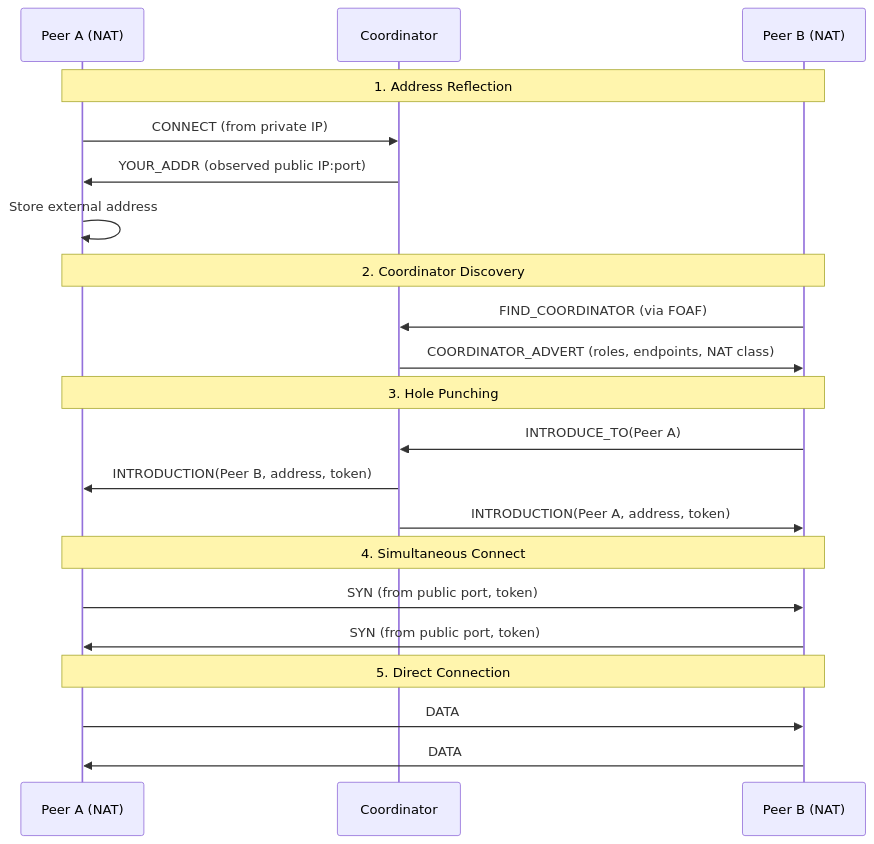
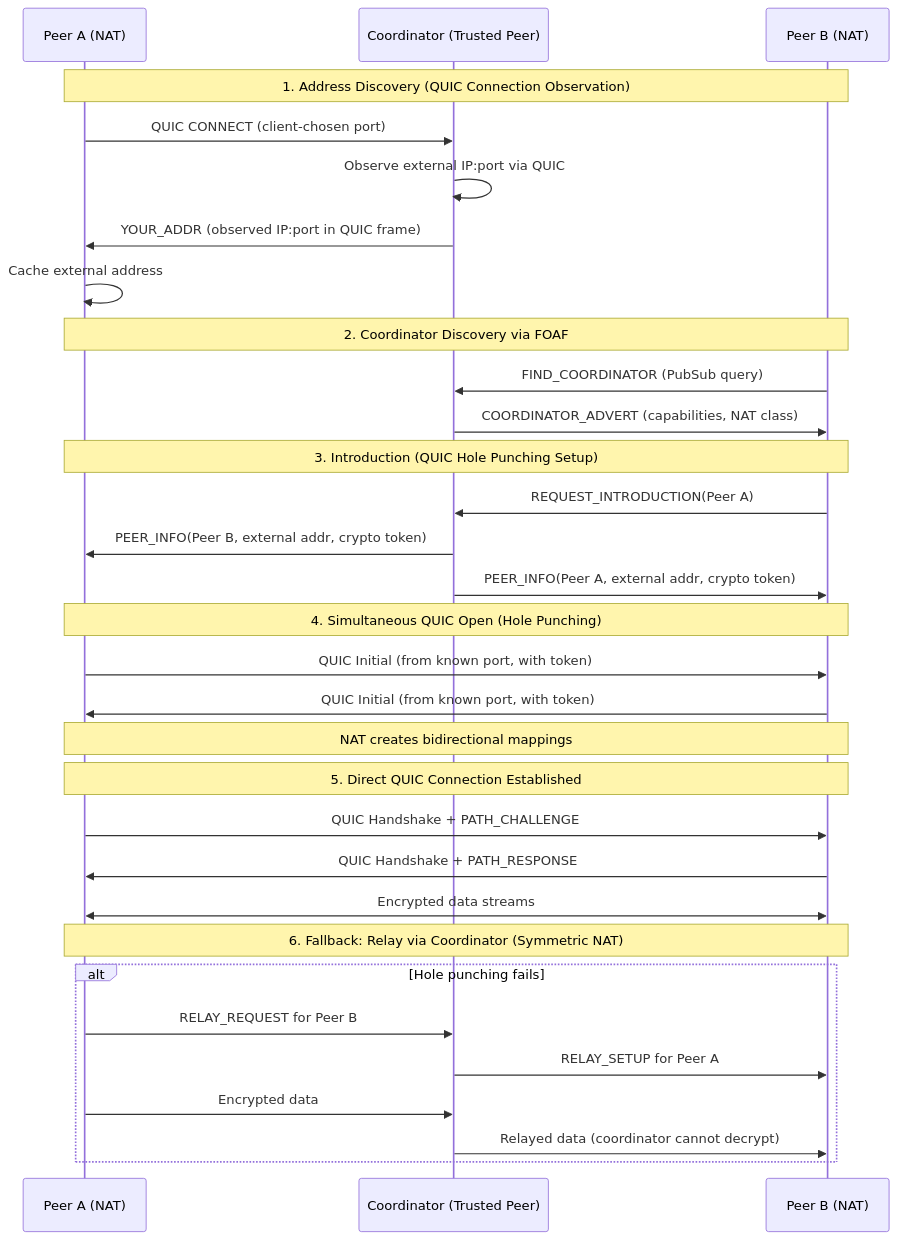
The diagram in docs/architecture/networking.md (dirvine/communitas), drawn with Mermaid before and after one commit. The commit also changed other lines of this file and 5 other files, not shown here.

First line of the commit message:
refactor: migrate to native QUIC NAT traversal, remove STUN/TURN dependencies

````diff
--- a/docs/architecture/networking.md
+++ b/docs/architecture/networking.md
@@ -348,28 +355,39 @@
 ```mermaid
 sequenceDiagram
     participant P1 as Peer A (NAT)
-    participant C as Coordinator
+    participant C as Coordinator (Trusted Peer)
     participant P2 as Peer B (NAT)
 
-    Note over P1,P2: 1. Address Reflection
-    P1->>C: CONNECT (from private IP)
-    C->>P1: YOUR_ADDR (observed public IP:port)
-    P1->>P1: Store external address
+    Note over P1,P2: 1. Address Discovery (QUIC Connection Observation)
+    P1->>C: QUIC CONNECT (client-chosen port)
+    C->>C: Observe external IP:port via QUIC
+    C->>P1: YOUR_ADDR (observed IP:port in QUIC frame)
+    P1->>P1: Cache external address
 
-    Note over P1,P2: 2. Coordinator Discovery
-    P2->>C: FIND_COORDINATOR (via FOAF)
-    C->>P2: COORDINATOR_ADVERT (roles, endpoints, NAT class)
+    Note over P1,P2: 2. Coordinator Discovery via FOAF
+    P2->>C: FIND_COORDINATOR (PubSub query)
+    C->>P2: COORDINATOR_ADVERT (capabilities, NAT class)
 
-    Note over P1,P2: 3. Hole Punching
-    P2->>C: INTRODUCE_TO(Peer A)
-    C->>P1: INTRODUCTION(Peer B, address, token)
-    C->>P2: INTRODUCTION(Peer A, address, token)
+    Note over P1,P2: 3. Introduction (QUIC Hole Punching Setup)
+    P2->>C: REQUEST_INTRODUCTION(Peer A)
+    C->>P1: PEER_INFO(Peer B, external addr, crypto token)
+    C->>P2: PEER_INFO(Peer A, external addr, crypto token)
 
-    Note over P1,P2: 4. Simultaneous Connect
-    P1->>P2: SYN (from public port, token)
-    P2->>P1: SYN (from public port, token)
+    Note over P1,P2: 4. Simultaneous QUIC Open (Hole Punching)
+    P1->>P2: QUIC Initial (from known port, with token)
+    P2->>P1: QUIC Initial (from known port, with token)
+    Note over P1,P2: NAT creates bidirectional mappings
 
-    Note over P1,P2: 5. Direct Connection
-    P1->>P2: DATA
-    P2->>P1: DATA
+    Note over P1,P2: 5. Direct QUIC Connection Established
+    P1->>P2: QUIC Handshake + PATH_CHALLENGE
+    P2->>P1: QUIC Handshake + PATH_RESPONSE
+    P1<<->>P2: Encrypted data streams
+
+    Note over P1,P2: 6. Fallback: Relay via Coordinator (Symmetric NAT)
+    alt Hole punching fails
+        P1->>C: RELAY_REQUEST for Peer B
+        C->>P2: RELAY_SETUP for Peer A
+        P1->>C: Encrypted data
+        C->>P2: Relayed data (coordinator cannot decrypt)
+    end
 ```
````
